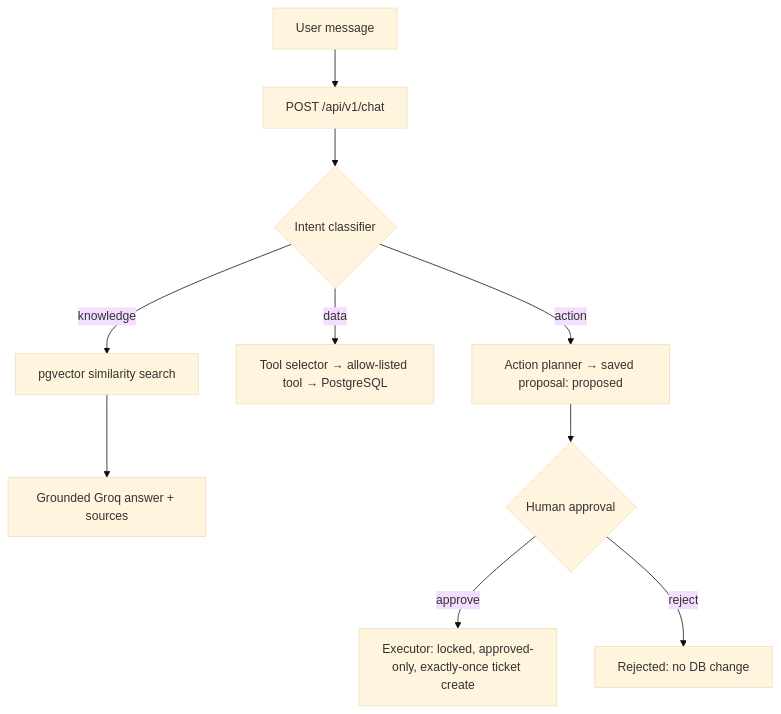
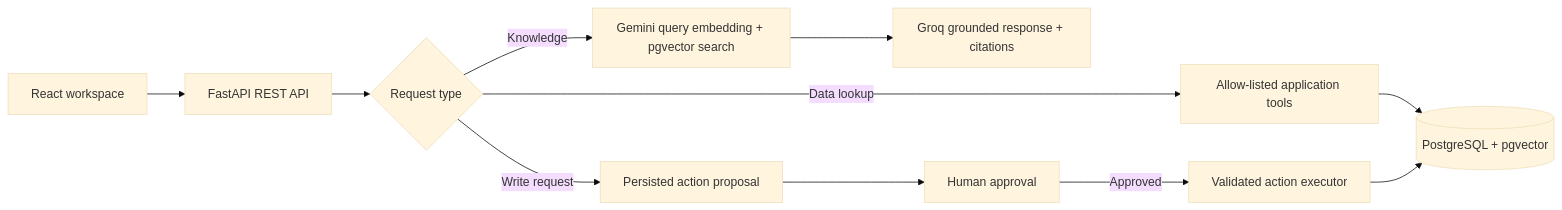
One commit to nothingisherenow12-coder/ai-support-agent changed the diagram in README.md. Above: the diagram before and after it, drawn with Mermaid (base theme). The commit also changed other lines of this file, not shown here.

````diff
--- a/README.md
+++ b/README.md
@@ -39,12 +21,13 @@
 ```mermaid
-flowchart TD
-    U[User message] --> C[POST /api/v1/chat]
-    C --> I{Intent classifier}
-    I -->|knowledge| R[pgvector similarity search]
-    R --> G[Grounded Groq answer + sources]
-    I -->|data| T[Tool selector → allow-listed tool → PostgreSQL]
-    I -->|action| P[Action planner → saved proposal: proposed]
-    P --> H{Human approval}
-    H -->|approve| E[Executor: locked, approved-only, exactly-once ticket create]
-    H -->|reject| X[Rejected: no DB change]
+flowchart LR
+    UI[React workspace] --> API[FastAPI REST API]
+    API --> ROUTER{Request type}
+    ROUTER -->|Knowledge| RETRIEVAL[Gemini query embedding + pgvector search]
+    RETRIEVAL --> GROQ[Groq grounded response + citations]
+    ROUTER -->|Data lookup| TOOLS[Allow-listed application tools]
+    TOOLS --> DB[(PostgreSQL + pgvector)]
+    ROUTER -->|Write request| PROPOSAL[Persisted action proposal]
+    PROPOSAL --> REVIEW[Human approval]
+    REVIEW -->|Approved| EXECUTOR[Validated action executor]
+    EXECUTOR --> DB
 ```
````
